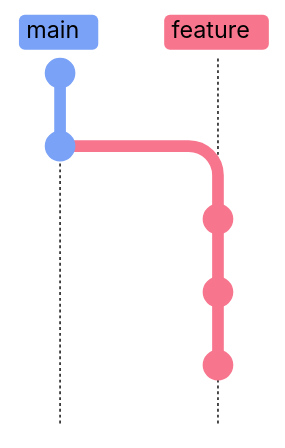
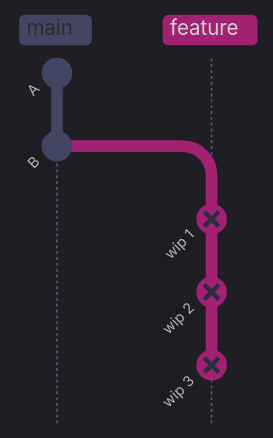
Before and after one commit to alp78/elysium: the eighth of 12 diagrams in content/08-Git/04-merge-vs-rebase-vs-squash.md, drawn with Mermaid. The commit also changed other lines of this file and 4 other files, not shown here.

````diff
--- a/content/08-Git/04-merge-vs-rebase-vs-squash.md
+++ b/content/08-Git/04-merge-vs-rebase-vs-squash.md
@@ -234,11 +532,22 @@
 ```mermaid
-%%{init: {'theme': 'base', 'themeVariables': {'git0': '#7aa2f7', 'git1': '#f7768e', 'git2': '#9ece6a', 'git3': '#e0af68', 'git4': '#bb9af7', 'gitBranchLabel0': '#000000', 'gitBranchLabel1': '#000000', 'gitBranchLabel2': '#000000', 'gitBranchLabel3': '#000000', 'commitLabelColor': '#ffffff', 'commitLabelBackground': 'transparent', 'commitLabelFontSize': '14px', 'tagLabelColor': '#000000', 'tagLabelBackground': '#c0caf5'}, 'gitGraph': {'mainBranchName': 'main'}} }%%
+%%{init: {'theme': 'dark', 'themeVariables': {
+  'primaryColor': '#292e42',
+  'primaryTextColor': '#c0caf5',
+  'primaryBorderColor': '#565f89',
+  'lineColor': '#565f89',
+  'secondaryColor': '#1a1b26',
+  'tertiaryColor': '#24283b',
+  'noteTextColor': '#c0caf5',
+  'noteBkgColor': '#292e42',
+  'textColor': '#c0caf5',
+  'fontSize': '14px'
+}, 'gitGraph': {'mainBranchName': 'main'}}}%%
 gitGraph TB:
   commit id: "A"
   commit id: "B"
   branch feature
-  commit id: "wip 1"
-  commit id: "wip 2"
-  commit id: "wip 3"
+  commit id: "wip 1" type: REVERSE
+  commit id: "wip 2" type: REVERSE
+  commit id: "wip 3" type: REVERSE
   checkout main
 ```
````
